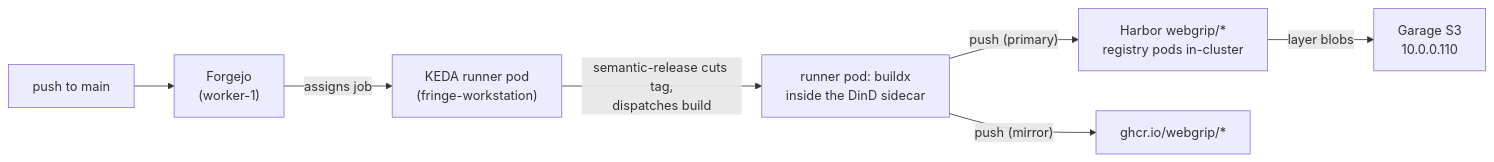
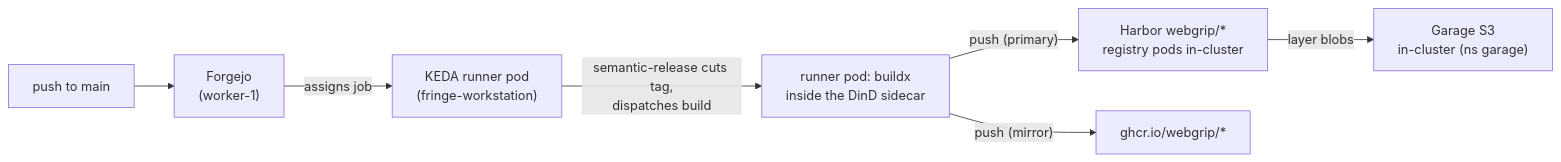
The first of 3 diagrams in docs/techdocs/docs/general/ci-image-flow.md (webgrip/homelab-cluster), drawn with Mermaid before and after one commit. The commit also changed other lines of this file and 8 other files, not shown here.

````diff
--- a/docs/techdocs/docs/general/ci-image-flow.md
+++ b/docs/techdocs/docs/general/ci-image-flow.md
@@ -25,9 +25,9 @@
 ```mermaid
 flowchart LR
   DEV["push to main"] --> FJ["Forgejo<br/>(worker-1)"]
   FJ -->|"assigns job"| POD["KEDA runner pod<br/>(fringe-workstation)"]
   POD -->|"semantic-release cuts tag,<br/>dispatches build"| POD2["runner pod: buildx<br/>inside the DinD sidecar"]
   POD2 -->|"push (primary)"| HARBOR["Harbor webgrip/*<br/>registry pods in-cluster"]
   POD2 -->|"push (mirror)"| GHCR["ghcr.io/webgrip/*"]
-  HARBOR -->|"layer blobs"| GARAGE["Garage S3<br/>10.0.0.110"]
+  HARBOR -->|"layer blobs"| GARAGE["Garage S3<br/>in-cluster (ns garage)"]
 ```
````
